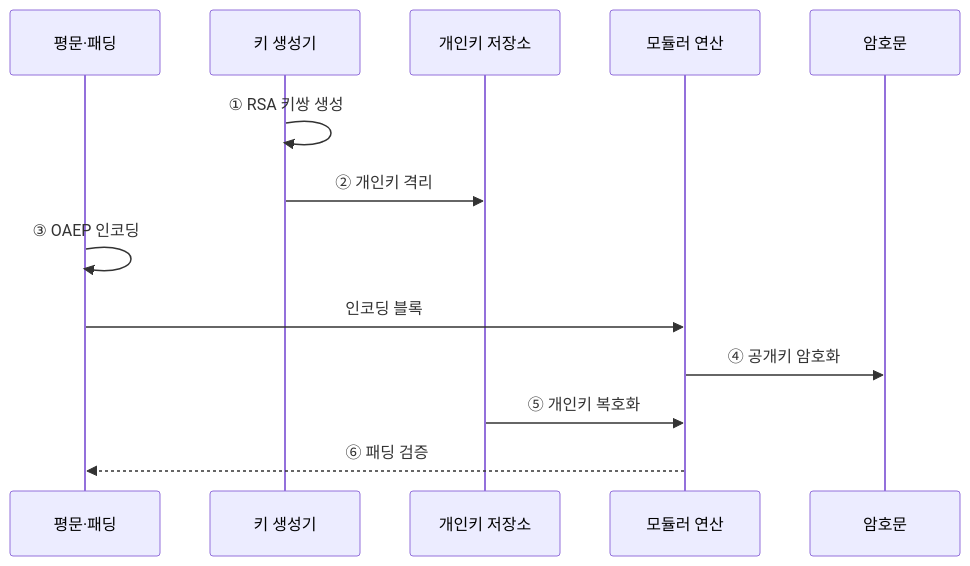
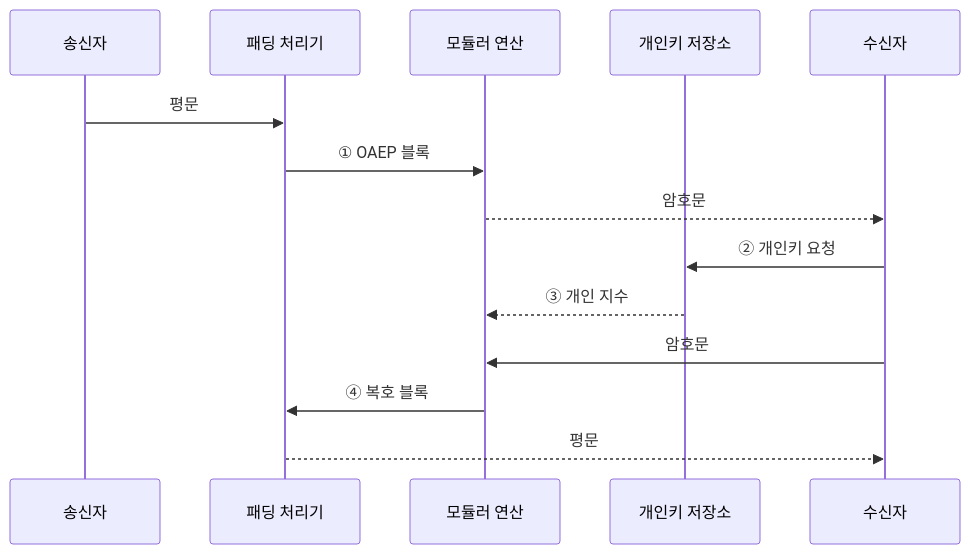
The second of 2 diagrams in src/content/docs/notes/01-basic-theory/059_crypto_math_rsa.md (agnusdei1207/knowledge-base), drawn with Mermaid before and after one commit. The commit also changed other lines of this file and 10 other files, not shown here.

````diff
--- a/src/content/docs/notes/01-basic-theory/059_crypto_math_rsa.md
+++ b/src/content/docs/notes/01-basic-theory/059_crypto_math_rsa.md
@@ -103,15 +90,16 @@
 ```mermaid
 sequenceDiagram
-    participant P as 평문·패딩
-    participant G as 키 생성기
+    participant A as 송신자
+    participant P as 패딩 처리기
+    participant X as 모듈러 연산
     participant S as 개인키 저장소
-    participant X as 모듈러 연산
-    participant C as 암호문
-    G->>G: ① RSA 키쌍 생성
-    G->>S: ② 개인키 격리
-    P->>P: ③ OAEP 인코딩
-    P->>X: 인코딩 블록
-    X->>C: ④ 공개키 암호화
-    S->>X: ⑤ 개인키 복호화
-    X-->>P: ⑥ 패딩 검증
+    participant B as 수신자
+    A->>P: 평문
+    P->>X: ① OAEP 블록
+    X-->>B: 암호문
+    B->>S: ② 개인키 요청
+    S-->>X: ③ 개인 지수
+    B->>X: 암호문
+    X->>P: ④ 복호 블록
+    P-->>B: 평문
 ```
````
